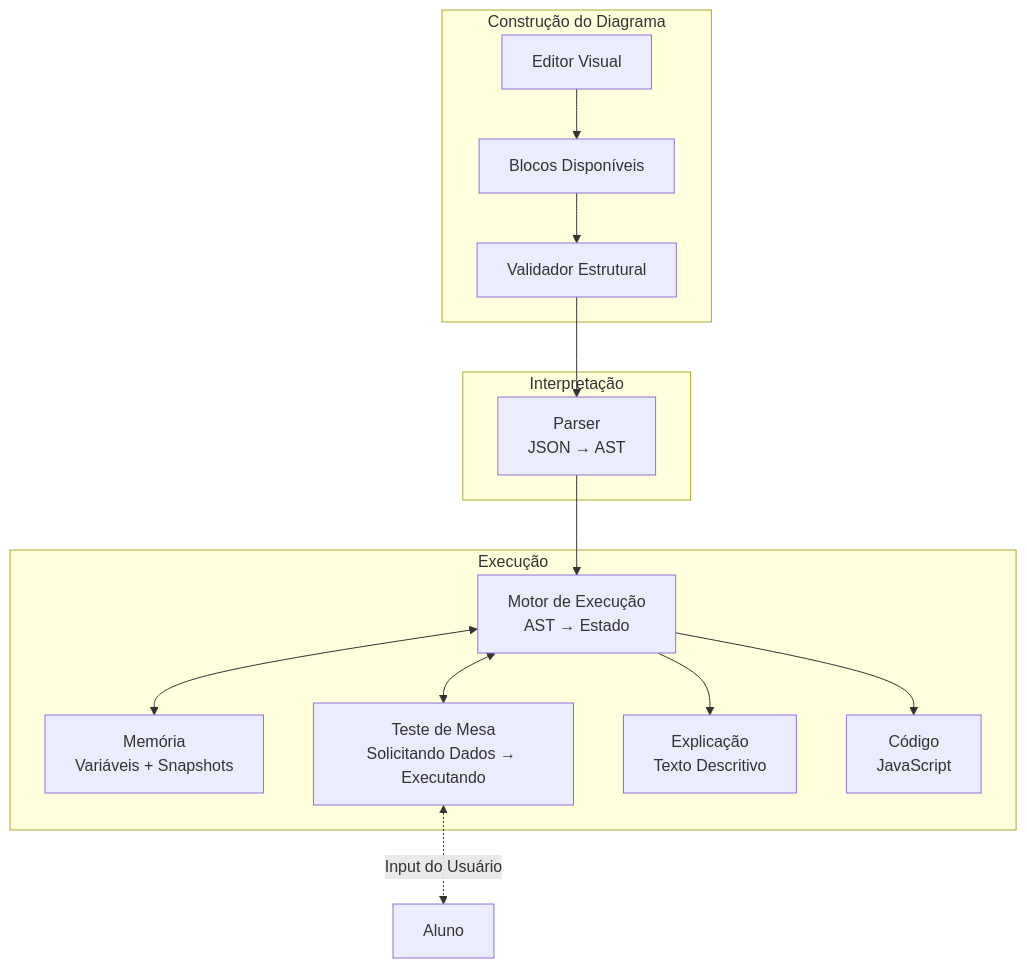
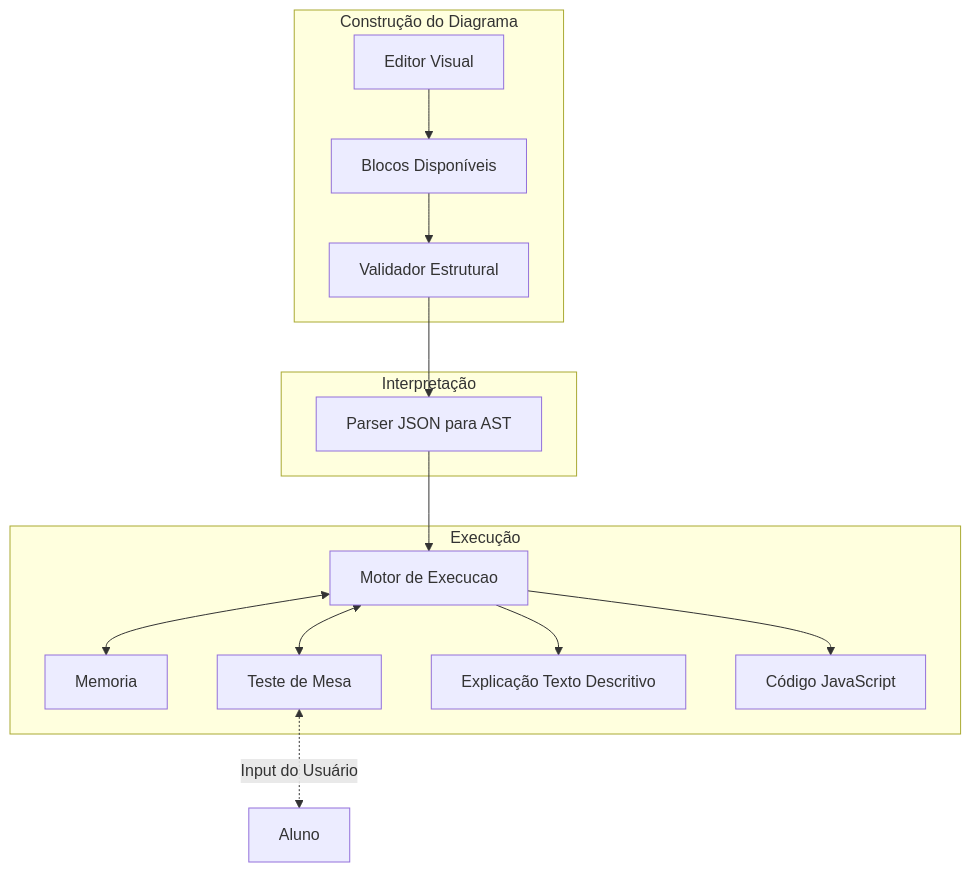
Before and after one commit to si-utfpr-gp/blade: the second of 7 diagrams in docs/ssd.md, drawn with Mermaid. The commit also changed other lines of this file, not shown here.

Commit message:
fix: remove br tags from mermaid blocks for GitHub rendering

````diff
--- a/docs/ssd.md
+++ b/docs/ssd.md
@@ -155,27 +155,27 @@
 ```mermaid
 graph TB
     subgraph Construção["Construção do Diagrama"]
         B[Editor Visual]
         C[Blocos Disponíveis]
         V[Validador Estrutural]
         B --> C
         C --> V
     end
     subgraph Interpretação["Interpretação"]
-        P[Parser<br/>JSON → AST]
+        P[Parser JSON para AST]
     end
     subgraph Execução["Execução"]
-        M[Motor de Execução<br/>AST → Estado]
-        MEM[Memória<br/>Variáveis + Snapshots]
-        TM[Teste de Mesa<br/>Solicitando Dados → Executando]
-        EXP[Explicação<br/>Texto Descritivo]
-        CODE[Código<br/>JavaScript]
+        M[Motor de Execucao]
+        MEM[Memoria]
+        TM[Teste de Mesa]
+        EXP[Explicação Texto Descritivo]
+        CODE[Código JavaScript]
     end
     V --> P
     P --> M
     M <--> MEM
     M <--> TM
     TM <-.->|"Input do Usuário"| A[Aluno]
     M --> EXP
     M --> CODE
 ```
````
